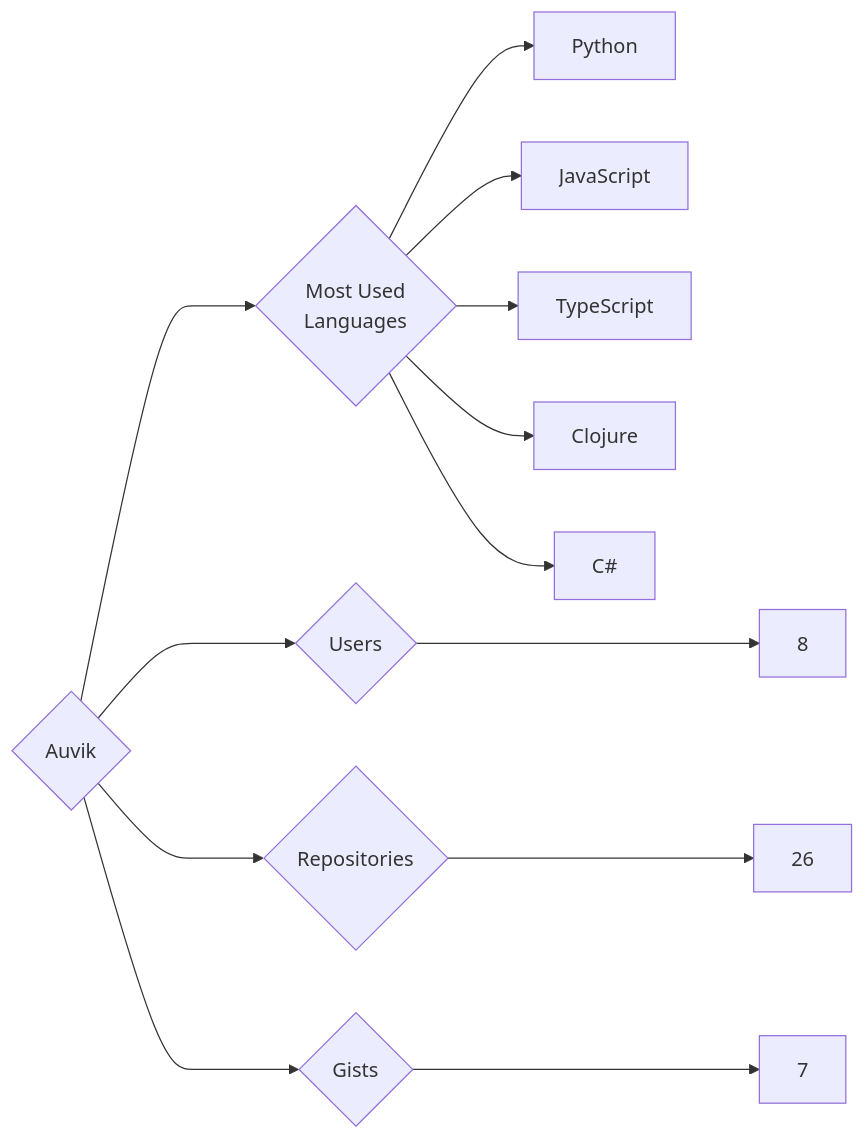
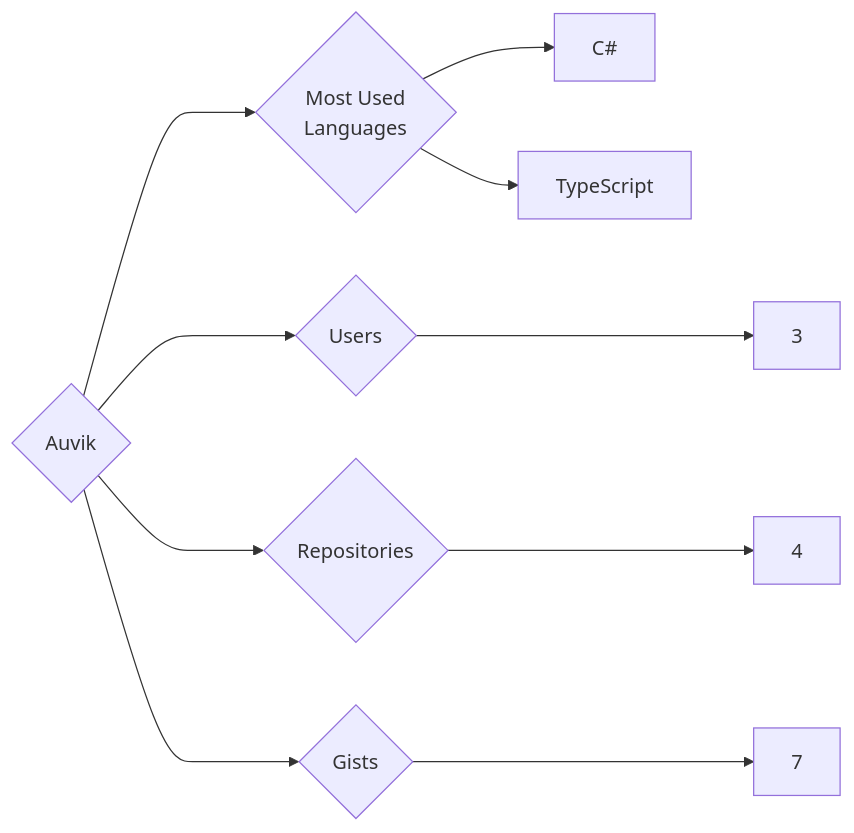
The diagram in targets/Auvik/README.md (trickest/insiders), drawn with Mermaid before and after one commit. The commit also changed 933 other files, not shown here.

````diff
--- a/targets/Auvik/README.md
+++ b/targets/Auvik/README.md
@@ -3,13 +3,10 @@
 ```mermaid
 graph LR
 COMPANY_NAME{Auvik}
-COMPANY_NAME ---> U{Users} ---> UN[8]
-COMPANY_NAME ---> R{Repositories} ---> RN[26]
+COMPANY_NAME ---> U{Users} ---> UN[3]
+COMPANY_NAME ---> R{Repositories} ---> RN[4]
 COMPANY_NAME ---> G{Gists} ---> GN[7]
 COMPANY_NAME ---> ML{Most Used<br>Languages}
-ML --> Python[Python]
-ML --> JavaScript[JavaScript]
+ML --> C#[C#]
 ML --> TypeScript[TypeScript]
-ML --> Clojure[Clojure]
-ML --> C#[C#]
 ```
````
